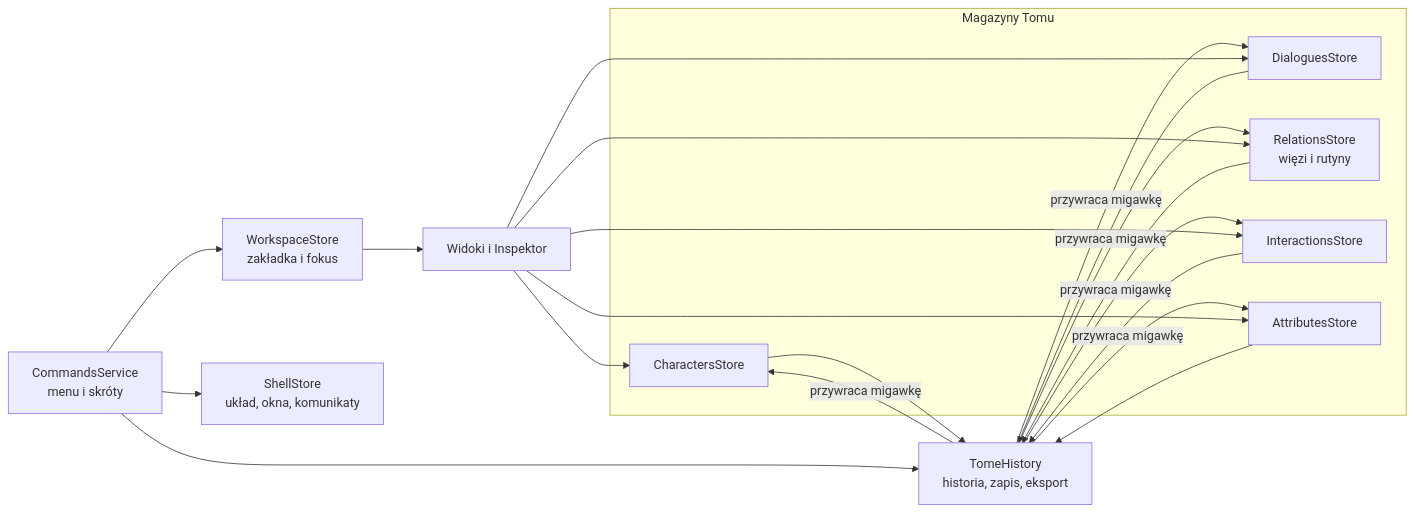
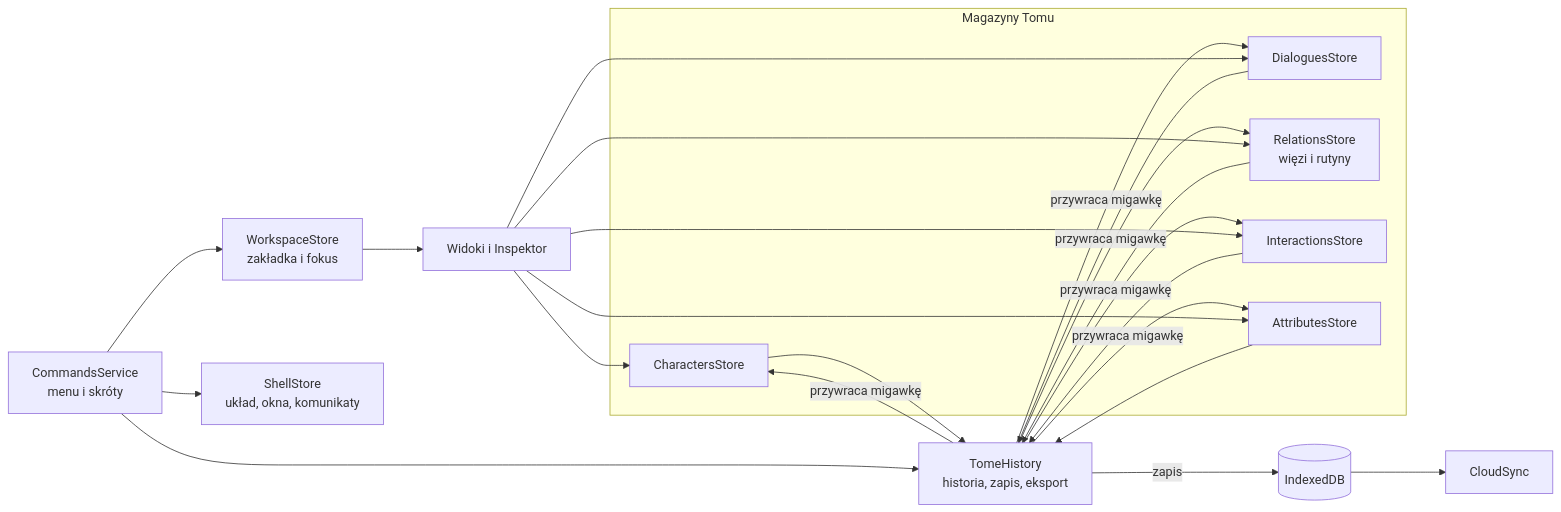
One commit to Grano22/congulatio changed the second of 2 diagrams in README.md. Above: the diagram before and after it, drawn with Mermaid. The commit also changed other lines of this file and 2 other files, not shown here.

````diff
--- a/README.md
+++ b/README.md
@@ -210,19 +409,23 @@
 ```mermaid
 flowchart LR
   subgraph Magazyny Tomu
     C[CharactersStore]
     D[DialoguesStore]
     R[RelationsStore<br/>więzi i rutyny]
     I[InteractionsStore]
     A[AttributesStore]
   end
   H[TomeHistory<br/>historia, zapis, eksport]
   W[WorkspaceStore<br/>zakładka i fokus]
   S[ShellStore<br/>układ, okna, komunikaty]
   K[CommandsService<br/>menu i skróty]
+  V[(IndexedDB)]
+  CS[CloudSync]
   C & D & R & I & A --> H
+  H -- zapis --> V
+  V --> CS
   H -- przywraca migawkę --> C & D & R & I & A
   K --> H & S & W
   W --> Widoki[Widoki i Inspektor]
   Widoki --> C & D & R & I & A
 ```
````
